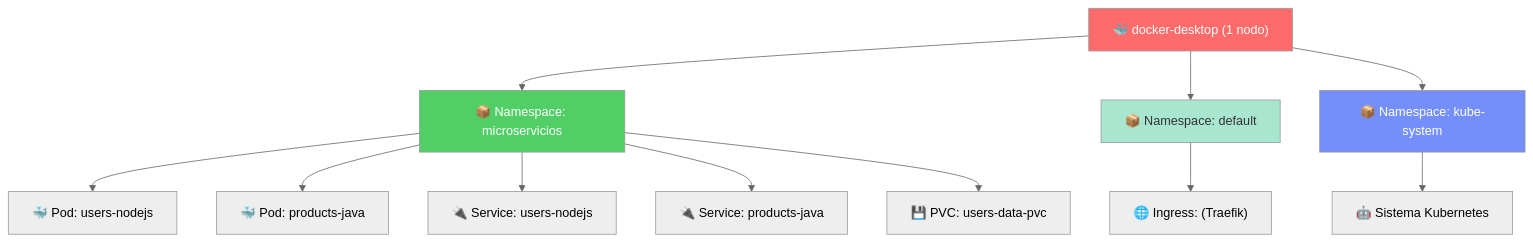
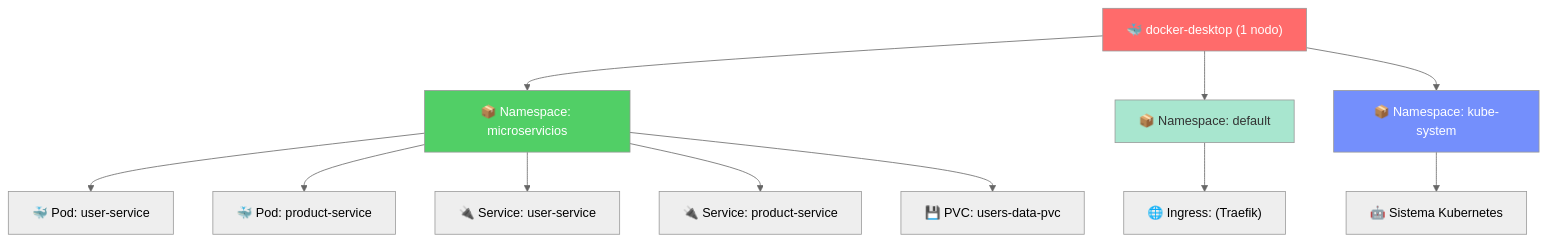
Before and after one commit to docentedev/IaC-example: the ninth of 20 diagrams in README.md, drawn with Mermaid (neutral theme). The commit also changed other lines of this file and 60 other files, not shown here.

````diff
--- a/README.md
+++ b/README.md
@@ -918,23 +921,23 @@
 ```mermaid
 graph TD
     DOCKER["🐳 docker-desktop (1 nodo)"]
     
     DOCKER --> NS_MICRO["📦 Namespace: microservicios"]
     DOCKER --> NS_DEFAULT["📦 Namespace: default"]
     DOCKER --> NS_KUBE["📦 Namespace: kube-system"]
     
-    NS_MICRO --> POD1["🐳 Pod: users-nodejs"]
-    NS_MICRO --> POD2["🐳 Pod: products-java"]
-    NS_MICRO --> SVC1["🔌 Service: users-nodejs"]
-    NS_MICRO --> SVC2["🔌 Service: products-java"]
+    NS_MICRO --> POD1["🐳 Pod: user-service"]
+    NS_MICRO --> POD2["🐳 Pod: product-service"]
+    NS_MICRO --> SVC1["🔌 Service: user-service"]
+    NS_MICRO --> SVC2["🔌 Service: product-service"]
     NS_MICRO --> PVC["💾 PVC: users-data-pvc"]
     
     NS_DEFAULT --> INGRESS["🌐 Ingress: (Traefik)"]
     
     NS_KUBE --> SYSTEM["🤖 Sistema Kubernetes"]
     
     style NS_MICRO fill:#51cf66,color:#fff
     style NS_DEFAULT fill:#a8e6cf,color:#333
     style NS_KUBE fill:#748ffc,color:#fff
     style DOCKER fill:#ff6b6b,color:#fff
 ```
````
